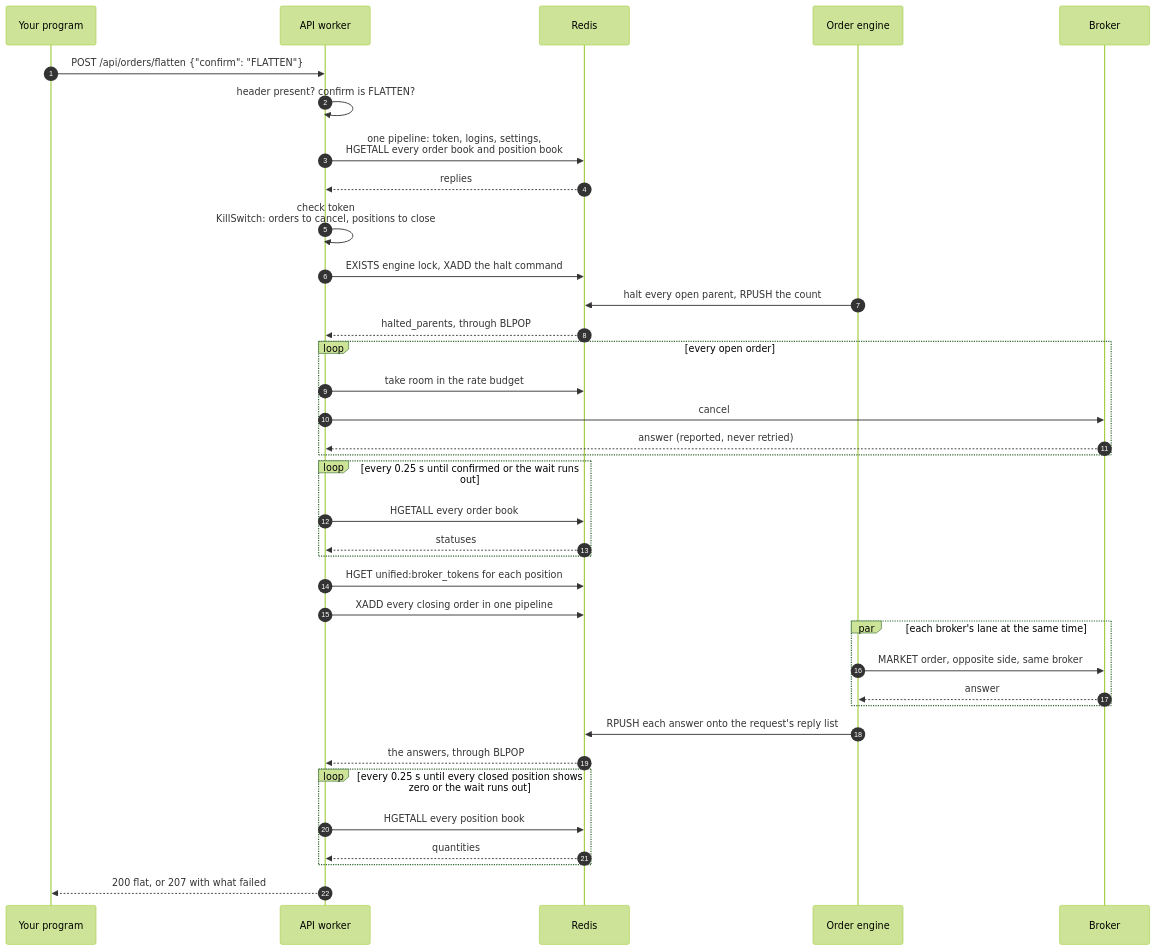
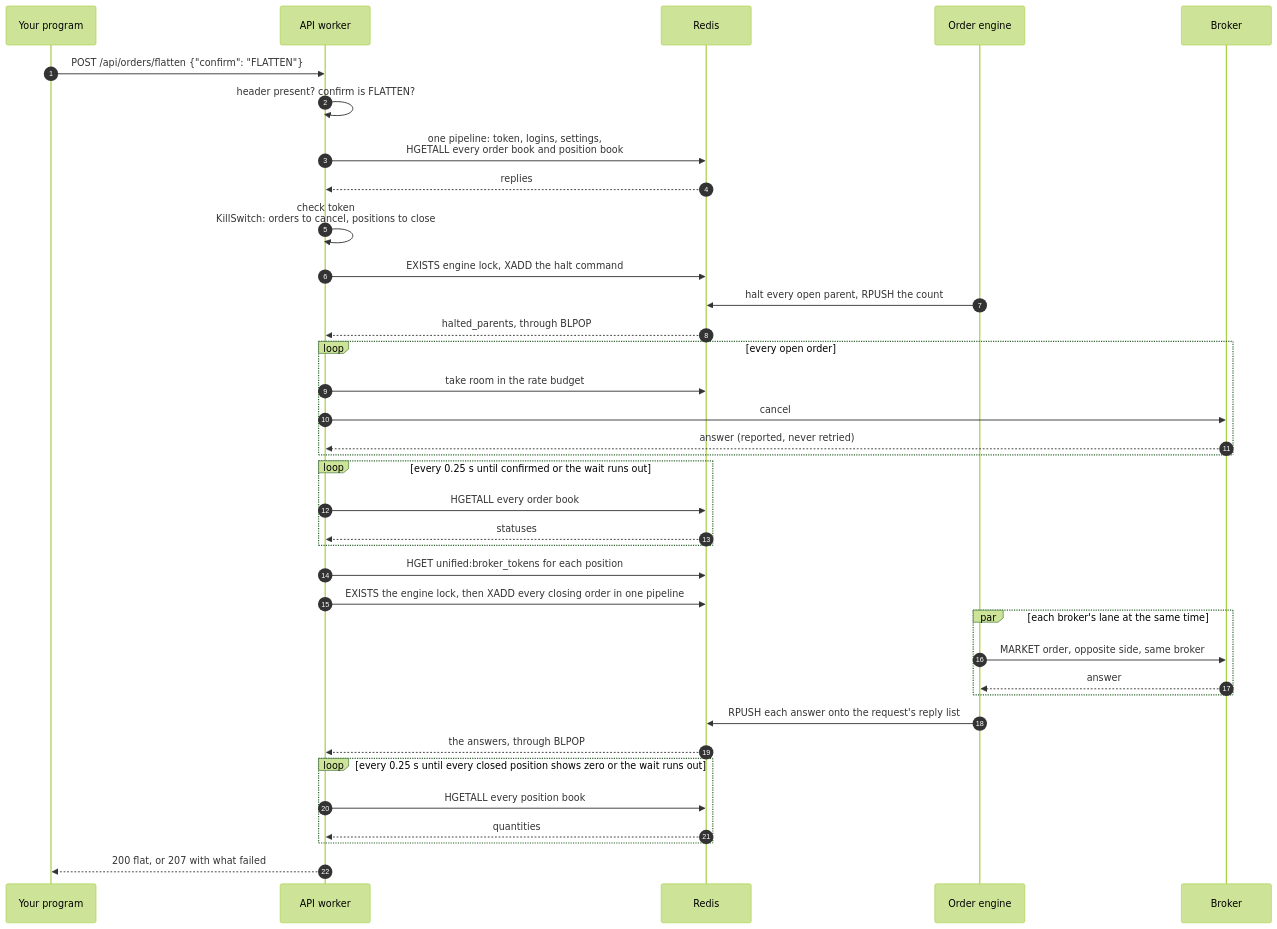
Before and after one commit to pramodathani/unified_broker_interface: the diagram in docs/rest-api/flatten.md, drawn with Mermaid (forest theme). The commit also changed other lines of this file and 10 other files, not shown here.

````diff
--- a/docs/rest-api/flatten.md
+++ b/docs/rest-api/flatten.md
@@ -285,39 +285,39 @@
 ```mermaid
 sequenceDiagram
     autonumber
     participant C as Your program
     participant A as API worker
     participant R as Redis
     participant E as Order engine
     participant B as Broker
     C->>A: POST /api/orders/flatten {"confirm": "FLATTEN"}
     A->>A: header present? confirm is FLATTEN?
     A->>R: one pipeline: token, logins, settings,<br/>HGETALL every order book and position book
     R-->>A: replies
     A->>A: check token<br/>KillSwitch: orders to cancel, positions to close
     A->>R: EXISTS engine lock, XADD the halt command
     E->>R: halt every open parent, RPUSH the count
     R-->>A: halted_parents, through BLPOP
     loop every open order
         A->>R: take room in the rate budget
         A->>B: cancel
         B-->>A: answer (reported, never retried)
     end
     loop every 0.25 s until confirmed or the wait runs out
         A->>R: HGETALL every order book
         R-->>A: statuses
     end
     A->>R: HGET unified:broker_tokens for each position
-    A->>R: XADD every closing order in one pipeline
+    A->>R: EXISTS the engine lock, then XADD every closing order in one pipeline
     par each broker's lane at the same time
         E->>B: MARKET order, opposite side, same broker
         B-->>E: answer
     end
     E->>R: RPUSH each answer onto the request's reply list
     R-->>A: the answers, through BLPOP
     loop every 0.25 s until every closed position shows zero or the wait runs out
         A->>R: HGETALL every position book
         R-->>A: quantities
     end
     A-->>C: 200 flat, or 207 with what failed
 ```
````
